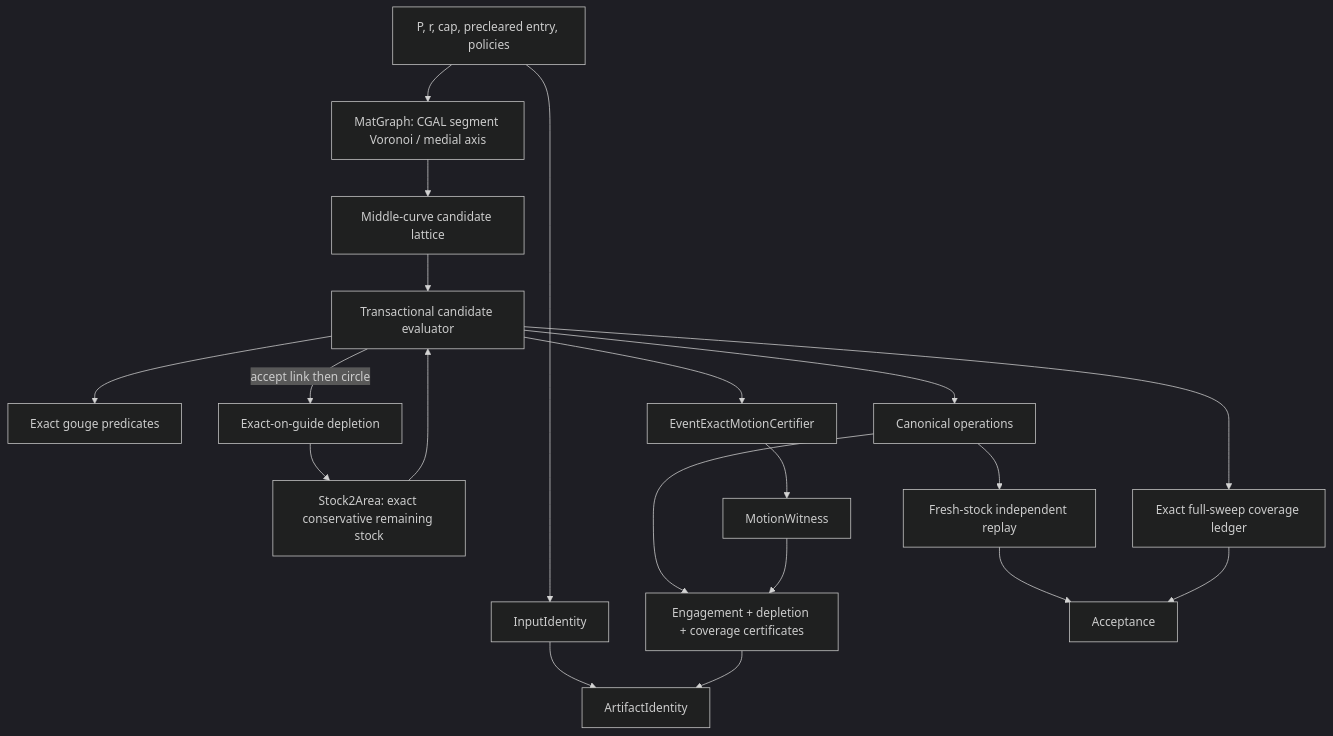
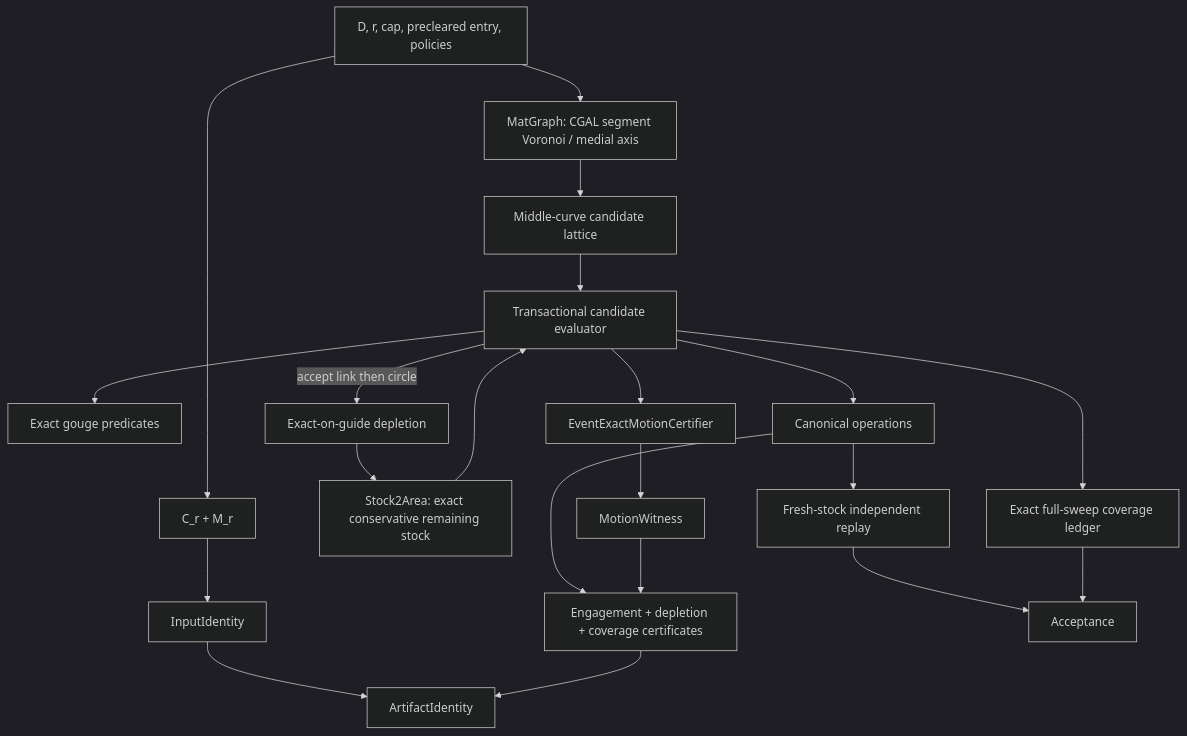
Before and after one commit to jf---/compas_cgal: the diagram in docs/superpowers/specs/2026-07-24-exact-certified-adaptive-trochoidal-design.md, drawn with Mermaid (dark theme). The commit also changed other lines of this file, not shown here.

````diff
--- a/docs/superpowers/specs/2026-07-24-exact-certified-adaptive-trochoidal-design.md
+++ b/docs/superpowers/specs/2026-07-24-exact-certified-adaptive-trochoidal-design.md
@@ -131,22 +136,23 @@
 ```mermaid
 flowchart TD
-  I["P, r, cap, precleared entry, policies"] --> ID["InputIdentity"]
+  I["D, r, cap, precleared entry, policies"] --> RD["C_r + M_r"]
+  RD --> ID["InputIdentity"]
   I --> MAT["MatGraph: CGAL segment Voronoi / medial axis"]
   MAT --> CP["Middle-curve candidate lattice"]
   CP --> TX["Transactional candidate evaluator"]
   S["Stock2Area: exact conservative remaining stock"] --> TX
   TX --> G["Exact gouge predicates"]
   TX --> E["EventExactMotionCertifier"]
   E --> W["MotionWitness"]
   TX -->|accept link then circle| D["Exact-on-guide depletion"]
   D --> S
   TX --> L["Exact full-sweep coverage ledger"]
   TX --> T["Canonical operations"]
   T --> C["Engagement + depletion + coverage certificates"]
   W --> C
   ID --> A["ArtifactIdentity"]
   C --> A
   T --> R["Fresh-stock independent replay"]
   R --> X["Acceptance"]
   L --> X
 ```
````
